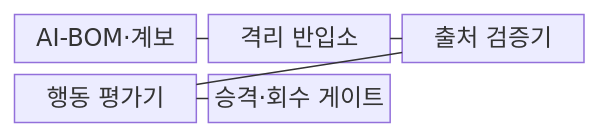
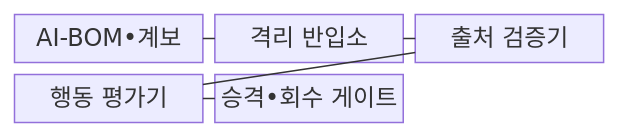
One commit to agnusdei1207/knowledge-base changed the first of 2 diagrams in src/content/docs/notes/05-security/093_ai_supply_chain_security.md. Above: the diagram before and after it, drawn with Mermaid. The commit also changed other lines of this file and 953 other files, not shown here.

````diff
--- a/src/content/docs/notes/05-security/093_ai_supply_chain_security.md
+++ b/src/content/docs/notes/05-security/093_ai_supply_chain_security.md
@@ -65,13 +65,13 @@
 ```mermaid
 block-beta
   columns 3
-  A["AI-BOM·계보"]
+  A["AI-BOM•계보"]
   B["격리 반입소"]
   C["출처 검증기"]
   D["행동 평가기"]
-  E["승격·회수 게이트"]
+  E["승격•회수 게이트"]
   A --- B
   B --- C
   C --- D
   D --- E
 ```
````
